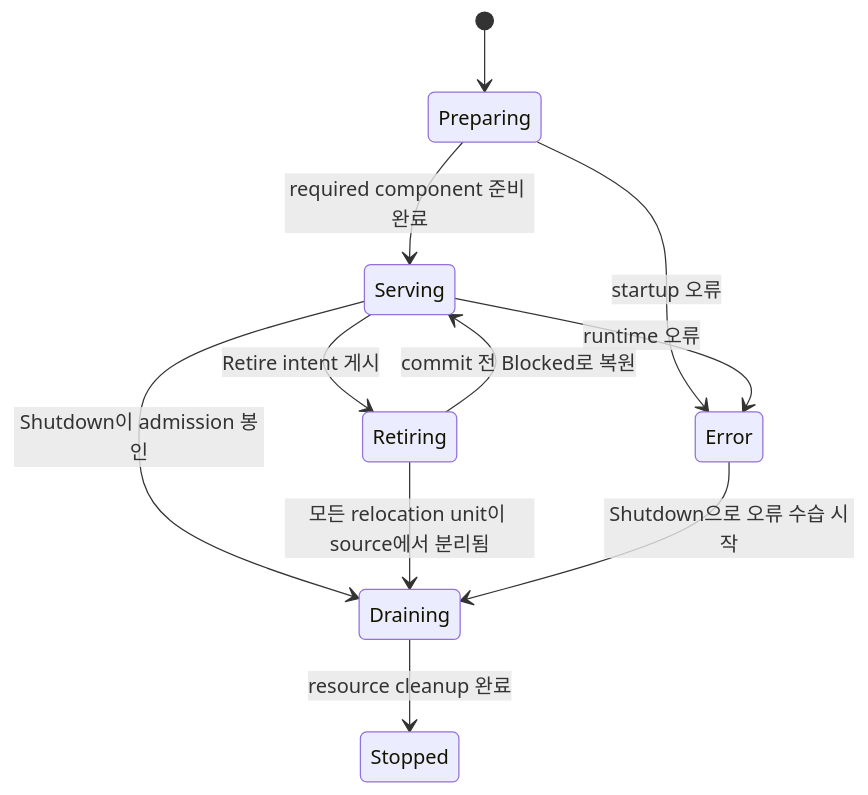
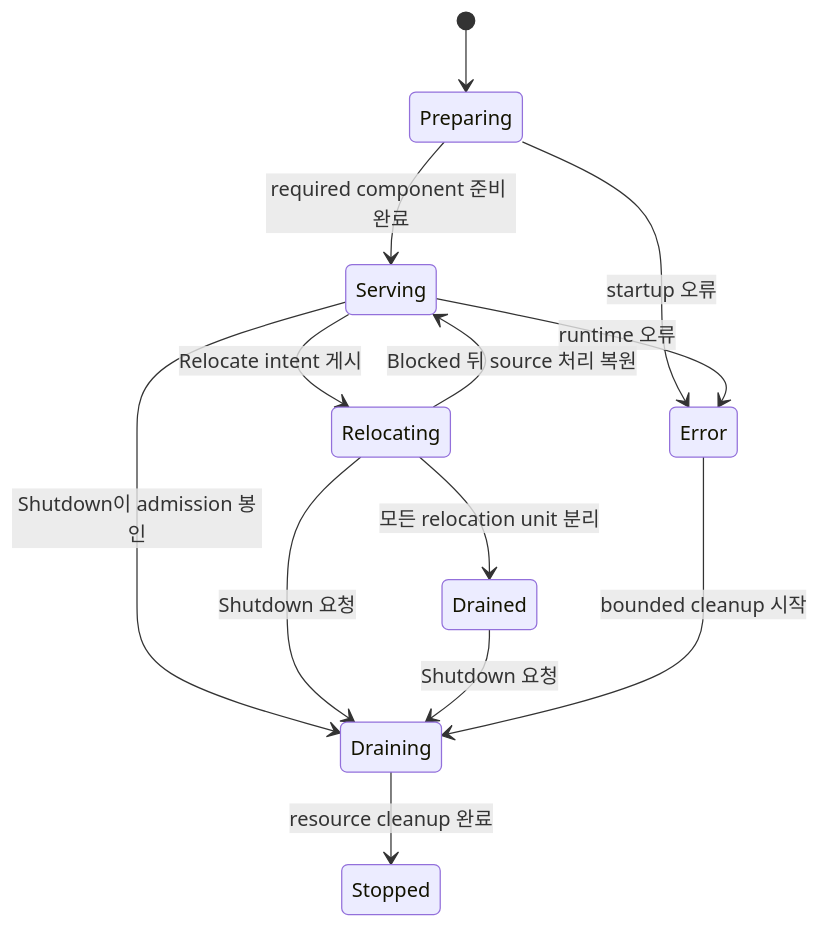
One commit to kairos-code-dev/zlink changed the first of 2 diagrams in framework/doc/framework/common/spec/54-graceful-drain-handoff.ko.md. Above: the diagram before and after it, drawn with Mermaid. The commit also changed other lines of this file and 75 other files, not shown here.

````diff
--- a/framework/doc/framework/common/spec/54-graceful-drain-handoff.ko.md
+++ b/framework/doc/framework/common/spec/54-graceful-drain-handoff.ko.md
@@ -58,13 +150,15 @@
 ```mermaid
 stateDiagram-v2
     [*] --> Preparing
     Preparing --> Serving: required component 준비 완료
     Preparing --> Error: startup 오류
-    Serving --> Retiring: Retire intent 게시
+    Serving --> Relocating: Relocate intent 게시
     Serving --> Draining: Shutdown이 admission 봉인
     Serving --> Error: runtime 오류
-    Retiring --> Serving: commit 전 Blocked로 복원
-    Retiring --> Draining: 모든 relocation unit이 source에서 분리됨
-    Error --> Draining: Shutdown으로 오류 수습 시작
+    Relocating --> Serving: Blocked 뒤 source 처리 복원
+    Relocating --> Drained: 모든 relocation unit 분리
+    Relocating --> Draining: Shutdown 요청
+    Drained --> Draining: Shutdown 요청
+    Error --> Draining: bounded cleanup 시작
     Draining --> Stopped: resource cleanup 완료
 ```
````
